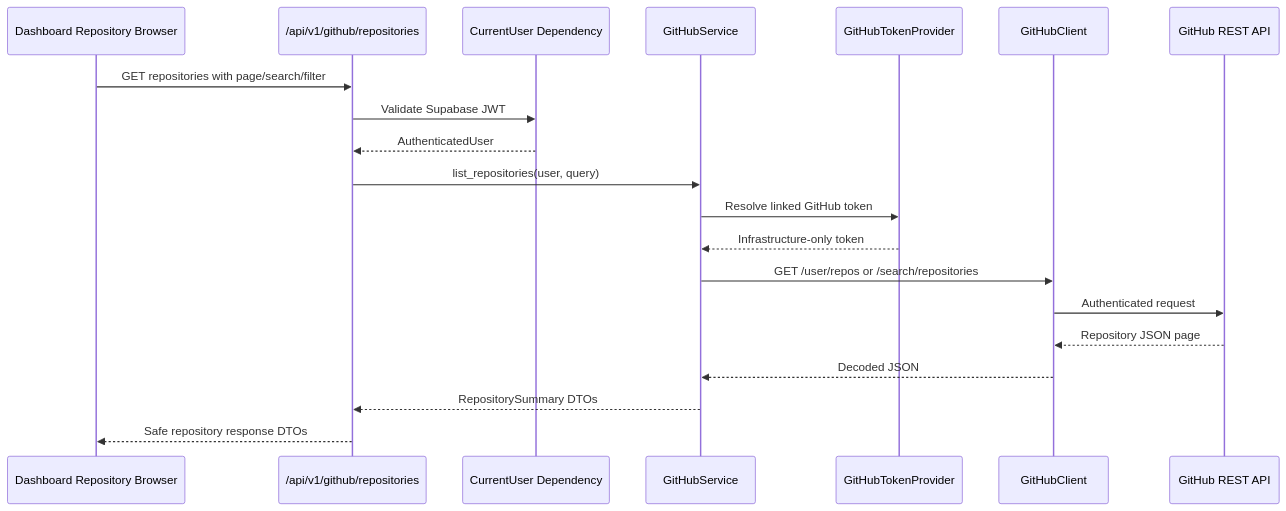
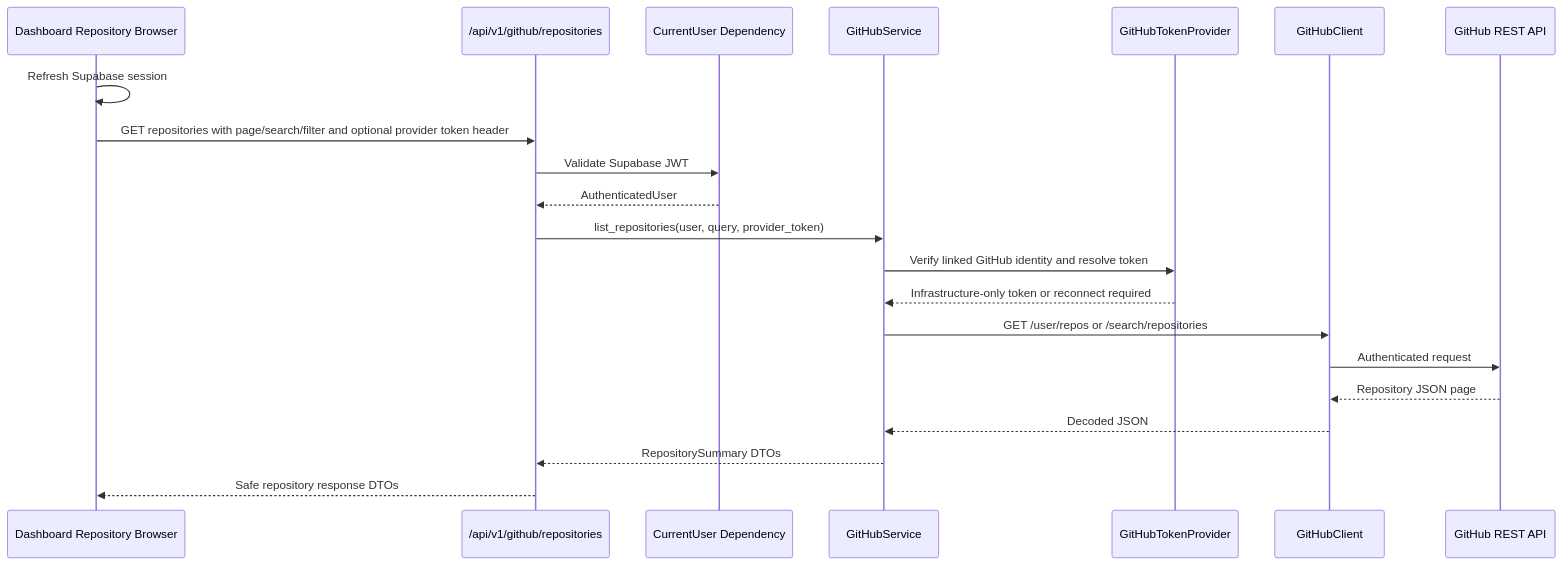
The third of 4 diagrams in docs/GITHUB_ARCHITECTURE.md (Karthikrnaik24/RepoMind_AI), drawn with Mermaid before and after one commit. The commit also changed other lines of this file and 16 other files, not shown here.

First line of the commit message:
P0 fix: refresh linked GitHub provider token.

````diff
--- a/docs/GITHUB_ARCHITECTURE.md
+++ b/docs/GITHUB_ARCHITECTURE.md
@@ -129,23 +141,24 @@
 ```mermaid
 sequenceDiagram
     participant UI as Dashboard Repository Browser
     participant API as /api/v1/github/repositories
     participant Auth as CurrentUser Dependency
     participant Service as GitHubService
     participant TokenProvider as GitHubTokenProvider
     participant Client as GitHubClient
     participant GitHub as GitHub REST API
 
-    UI->>API: GET repositories with page/search/filter
+    UI->>UI: Refresh Supabase session
+    UI->>API: GET repositories with page/search/filter and optional provider token header
     API->>Auth: Validate Supabase JWT
     Auth-->>API: AuthenticatedUser
-    API->>Service: list_repositories(user, query)
-    Service->>TokenProvider: Resolve linked GitHub token
-    TokenProvider-->>Service: Infrastructure-only token
+    API->>Service: list_repositories(user, query, provider_token)
+    Service->>TokenProvider: Verify linked GitHub identity and resolve token
+    TokenProvider-->>Service: Infrastructure-only token or reconnect required
     Service->>Client: GET /user/repos or /search/repositories
     Client->>GitHub: Authenticated request
     GitHub-->>Client: Repository JSON page
     Client-->>Service: Decoded JSON
     Service-->>API: RepositorySummary DTOs
     API-->>UI: Safe repository response DTOs
 ```
````
